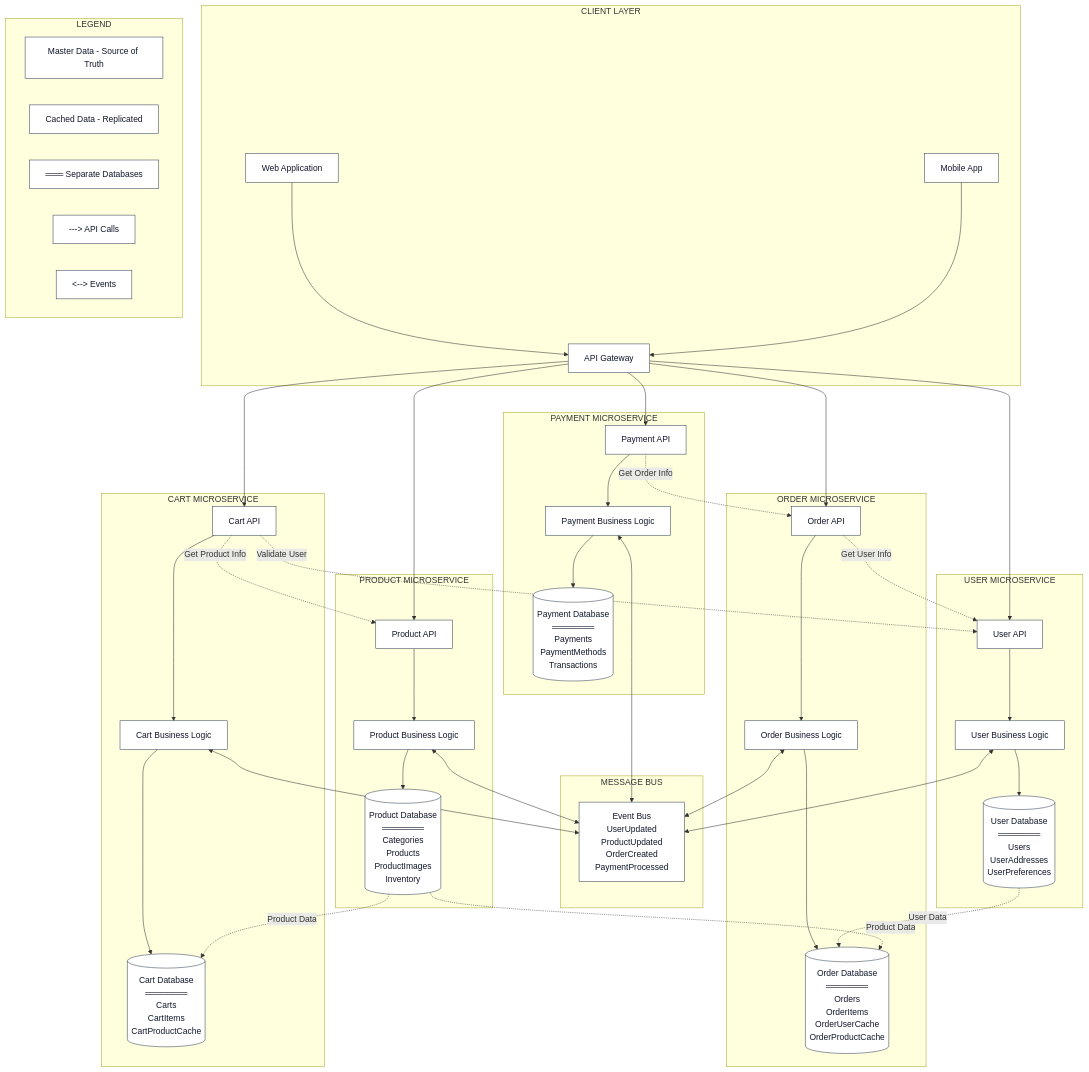
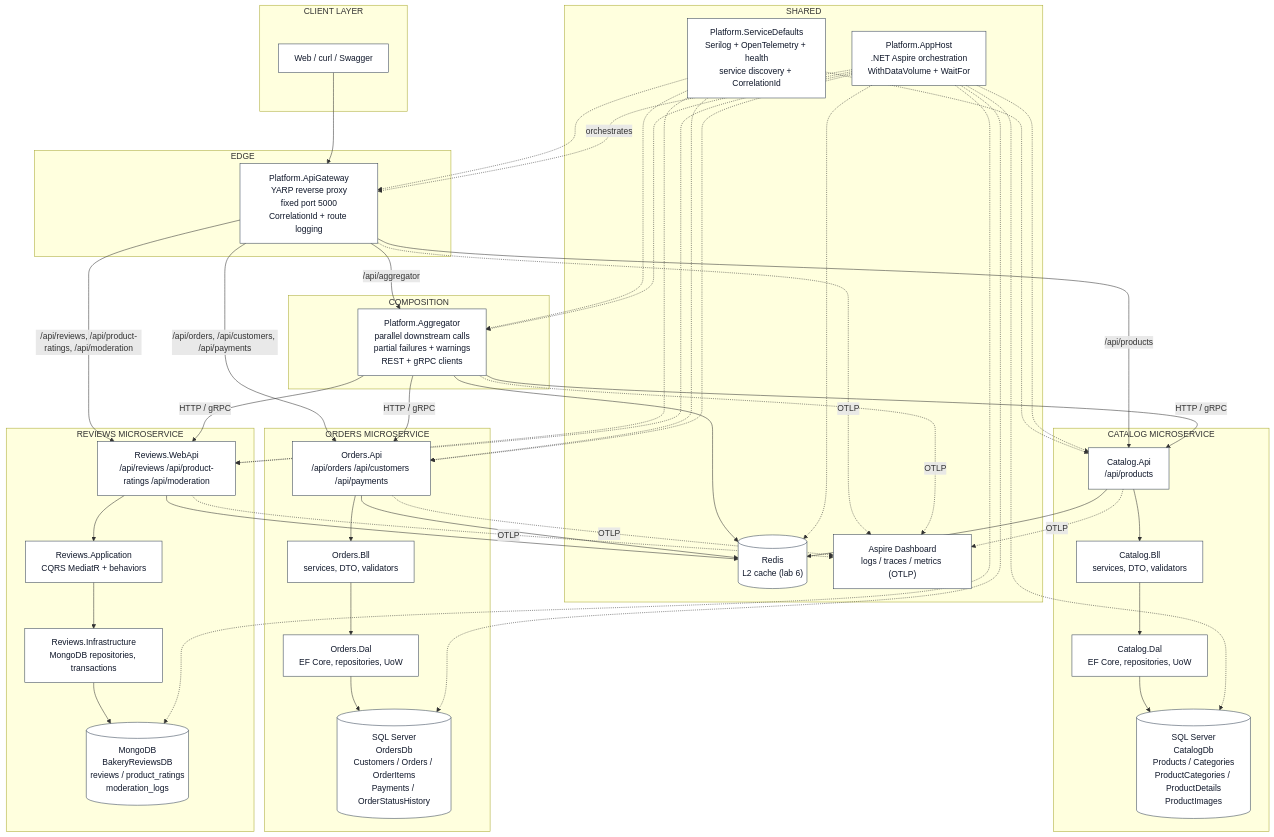
The diagram in docs/overall_architecture.mermaid (kazikSUPER/dotnet-web-engineering), drawn with Mermaid before and after one commit. The commit also changed 1 other file, not shown here.

Commit message:
docs(lab6): README та діаграма архітектури під кеш, gRPC і перевірений failure drill
README описує дворівневий кеш з TTL і причинами інвалідації, gRPC-контракти,
явні таймаути HTTP-клієнтів 5 с і сценарій відмови сервісу, який тепер віддає
200 з трьома попередженнями замість 504. Розділ 4 чесно фіксує gap лаби 6:
gRPC-агрегат віддає 500 через відсутність h2c без TLS і нерозпізнану схему
https+http у ServiceDiscovery. Додано перелік перевірок на живій платформі.

```diff
--- a/docs/overall_architecture.mermaid
+++ b/docs/overall_architecture.mermaid
@@ -1,78 +1,77 @@
 graph TB
     subgraph "CLIENT LAYER"
-        WEB[Web Application]
-        MOBILE[Mobile App]
-        API_GW[API Gateway]
-        WEB --> API_GW
-        MOBILE --> API_GW
+        WEB[Web / curl / Swagger]
     end
 
-    subgraph "MESSAGE BUS"
-        MSG[Event Bus<br/>UserUpdated<br/>ProductUpdated<br/>OrderCreated<br/>PaymentProcessed]
+    subgraph "EDGE"
+        GW["Platform.ApiGateway<br/>YARP reverse proxy<br/>fixed port 5000<br/>CorrelationId + route logging"]
     end
 
-    subgraph "USER MICROSERVICE"
-        US_API[User API]
-        US_BIZ[User Business Logic]
-        US_DB[(User Database<br/>═══════<br/>Users<br/>UserAddresses<br/>UserPreferences)]
-        US_API --> US_BIZ --> US_DB
+    subgraph "COMPOSITION"
+        AGG["Platform.Aggregator<br/>parallel downstream calls<br/>partial failures + warnings<br/>REST + gRPC clients"]
     end
 
-    subgraph "PRODUCT MICROSERVICE"
-        PS_API[Product API]
-        PS_BIZ[Product Business Logic]
-        PS_DB[(Product Database<br/>═══════<br/>Categories<br/>Products<br/>ProductImages<br/>Inventory)]
-        PS_API --> PS_BIZ --> PS_DB
+    subgraph "CATALOG MICROSERVICE"
+        CAT_API["Catalog.Api<br/>/api/products"]
+        CAT_BLL["Catalog.Bll<br/>services, DTO, validators"]
+        CAT_DAL["Catalog.Dal<br/>EF Core, repositories, UoW"]
+        CAT_DB[("SQL Server<br/>CatalogDb<br/>Products / Categories<br/>ProductCategories / ProductDetails<br/>ProductImages")]
+        CAT_API --> CAT_BLL --> CAT_DAL --> CAT_DB
     end
 
-    subgraph "ORDER MICROSERVICE"
-        OS_API[Order API]
-        OS_BIZ[Order Business Logic]
-        OS_DB[(Order Database<br/>═══════<br/>Orders<br/>OrderItems<br/>OrderUserCache<br/>OrderProductCache)]
-        OS_API --> OS_BIZ --> OS_DB
+    subgraph "ORDERS MICROSERVICE"
+        ORD_API["Orders.Api<br/>/api/orders /api/customers /api/payments"]
+        ORD_BLL["Orders.Bll<br/>services, DTO, validators"]
+        ORD_DAL["Orders.Dal<br/>EF Core, repositories, UoW"]
+        ORD_DB[("SQL Server<br/>OrdersDb<br/>Customers / Orders / OrderItems<br/>Payments / OrderStatusHistory")]
+        ORD_API --> ORD_BLL --> ORD_DAL --> ORD_DB
     end
 
-    subgraph "CART MICROSERVICE"
-        CS_API[Cart API]
-        CS_BIZ[Cart Business Logic]
-        CS_DB[(Cart Database<br/>═══════<br/>Carts<br/>CartItems<br/>CartProductCache)]
-        CS_API --> CS_BIZ --> CS_DB
+    subgraph "REVIEWS MICROSERVICE"
+        REV_API["Reviews.WebApi<br/>/api/reviews /api/product-ratings /api/moderation"]
+        REV_APP["Reviews.Application<br/>CQRS MediatR + behaviors"]
+        REV_INF["Reviews.Infrastructure<br/>MongoDB repositories, transactions"]
+        REV_DB[("MongoDB<br/>BakeryReviewsDB<br/>reviews / product_ratings<br/>moderation_logs")]
+        REV_API --> REV_APP --> REV_INF --> REV_DB
     end
 
-    subgraph "PAYMENT MICROSERVICE"
-        PAS_API[Payment API]
-        PAS_BIZ[Payment Business Logic]
-        PAS_DB[(Payment Database<br/>═══════<br/>Payments<br/>PaymentMethods<br/>Transactions)]
-        PAS_API --> PAS_BIZ --> PAS_DB
+    subgraph "SHARED"
+        SD["Platform.ServiceDefaults<br/>Serilog + OpenTelemetry + health<br/>service discovery + CorrelationId"]
+        REDIS[("Redis<br/>L2 cache (lab 6)")]
+        HOST["Platform.AppHost<br/>.NET Aspire orchestration<br/>WithDataVolume + WaitFor"]
+        DASH["Aspire Dashboard<br/>logs / traces / metrics (OTLP)"]
     end
 
-    API_GW --> US_API
-    API_GW --> PS_API
-    API_GW --> OS_API
-    API_GW --> CS_API
-    API_GW --> PAS_API
-
-    US_BIZ <--> MSG
-    PS_BIZ <--> MSG
-    OS_BIZ <--> MSG
-    CS_BIZ <--> MSG
-    PAS_BIZ <--> MSG
-
-    OS_API -.->|Get User Info| US_API
-    CS_API -.->|Get Product Info| PS_API
-    CS_API -.->|Validate User| US_API
-    PAS_API -.->|Get Order Info| OS_API
-
-    US_DB -.->|User Data| OS_DB
-    PS_DB -.->|Product Data| OS_DB
-    PS_DB -.->|Product Data| CS_DB
-
-    subgraph "LEGEND"
-        L1[Master Data - Source of Truth]
-        L2[Cached Data - Replicated]
-        L3[═══ Separate Databases]
-        L4[---> API Calls]
-        L5[<--> Events]
-    end
+    WEB --> GW
+    GW -->|/api/orders, /api/customers, /api/payments| ORD_API
+    GW -->|/api/products| CAT_API
+    GW -->|/api/reviews, /api/product-ratings, /api/moderation| REV_API
+    GW -->|/api/aggregator| AGG
+    AGG -->|HTTP / gRPC| ORD_API
+    AGG -->|HTTP / gRPC| CAT_API
+    AGG -->|HTTP / gRPC| REV_API
+    AGG --> REDIS
+    ORD_API --> REDIS
+    CAT_API --> REDIS
+    REV_API --> REDIS
+    SD -.-> GW
+    SD -.-> AGG
+    SD -.-> CAT_API
+    SD -.-> ORD_API
+    SD -.-> REV_API
+    HOST -.->|orchestrates| GW
+    HOST -.-> AGG
+    HOST -.-> CAT_API
+    HOST -.-> ORD_API
+    HOST -.-> REV_API
+    HOST -.-> CAT_DB
+    HOST -.-> ORD_DB
+    HOST -.-> REV_DB
+    HOST -.-> REDIS
+    GW -.->|OTLP| DASH
+    AGG -.->|OTLP| DASH
+    CAT_API -.->|OTLP| DASH
+    ORD_API -.->|OTLP| DASH
+    REV_API -.->|OTLP| DASH
 
     classDef default fill:#ffffff,stroke:#334155,stroke-width:1px,color:#0f172a;
```
